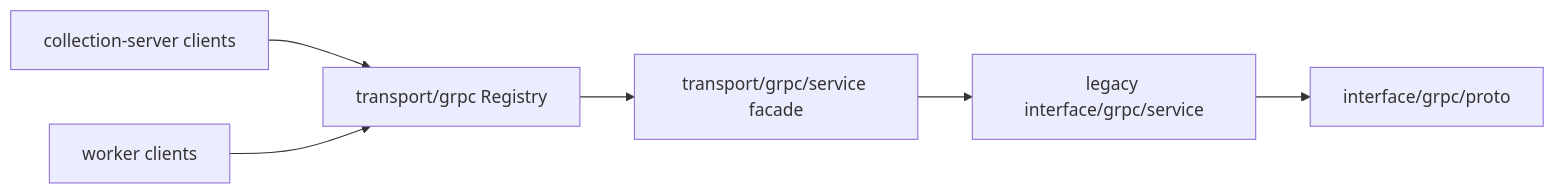
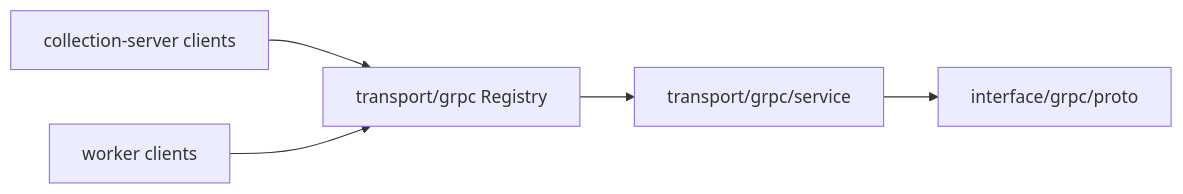
The diagram in docs/03-基础设施/transport/02-gRPC契约与服务适配.md (FangcunMount/qs-server), drawn with Mermaid before and after one commit. The commit also changed other lines of this file and 135 other files, not shown here.

First line of the commit message:
pref Transport & Contract Plane 重构: - 将 apiserver REST implementation 从 internal/apiserver/interface/restful/* 迁到 internal/apiserver/transport/rest 下的 handler/request/response/viewmodel/middleware

````diff
--- a/docs/03-基础设施/transport/02-gRPC契约与服务适配.md
+++ b/docs/03-基础设施/transport/02-gRPC契约与服务适配.md
@@ -9,15 +9,13 @@
 ```mermaid
 flowchart LR
     Collection["collection-server clients"]
     Worker["worker clients"]
     Registry["transport/grpc Registry"]
-    Facade["transport/grpc/service facade"]
-    Legacy["legacy interface/grpc/service"]
+    Service["transport/grpc/service"]
     Proto["interface/grpc/proto"]
 
     Collection --> Registry
     Worker --> Registry
-    Registry --> Facade
-    Facade --> Legacy
-    Legacy --> Proto
+    Registry --> Service
+    Service --> Proto
 ```
````
